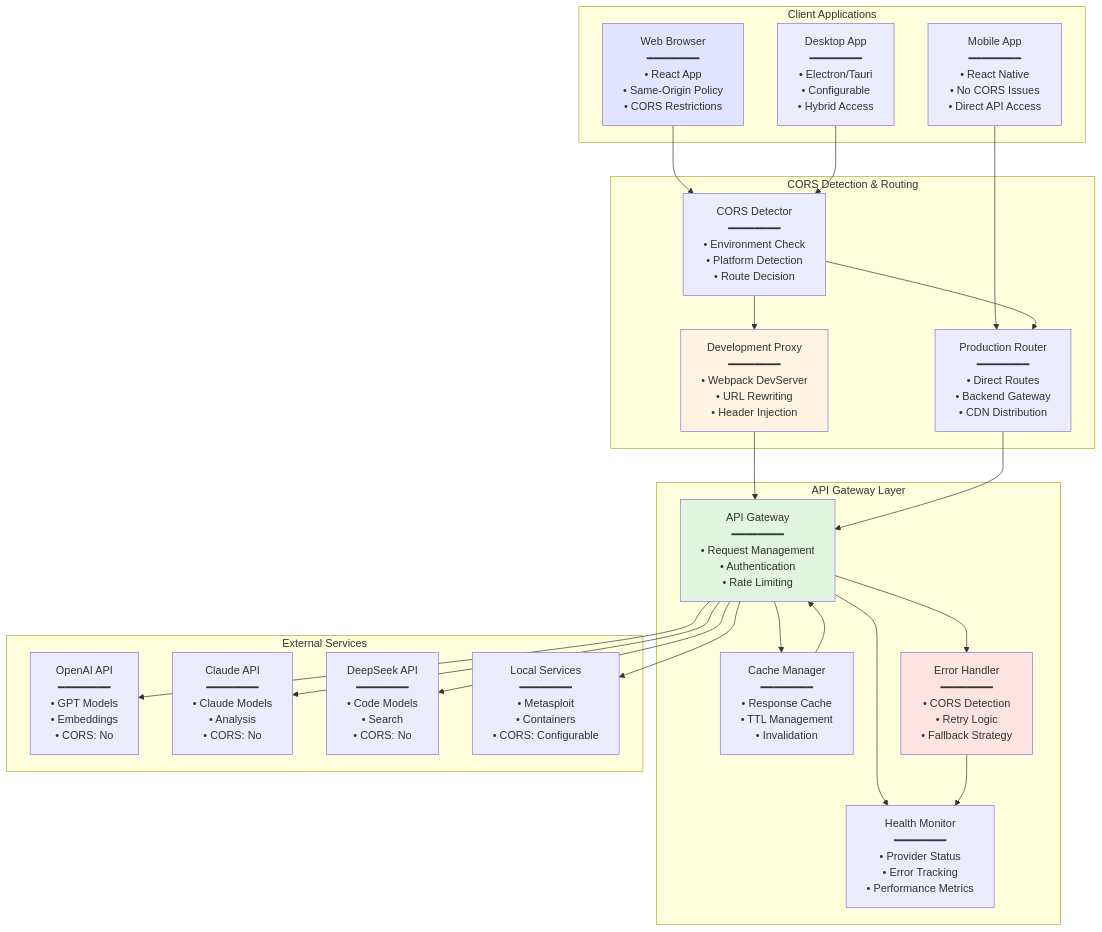
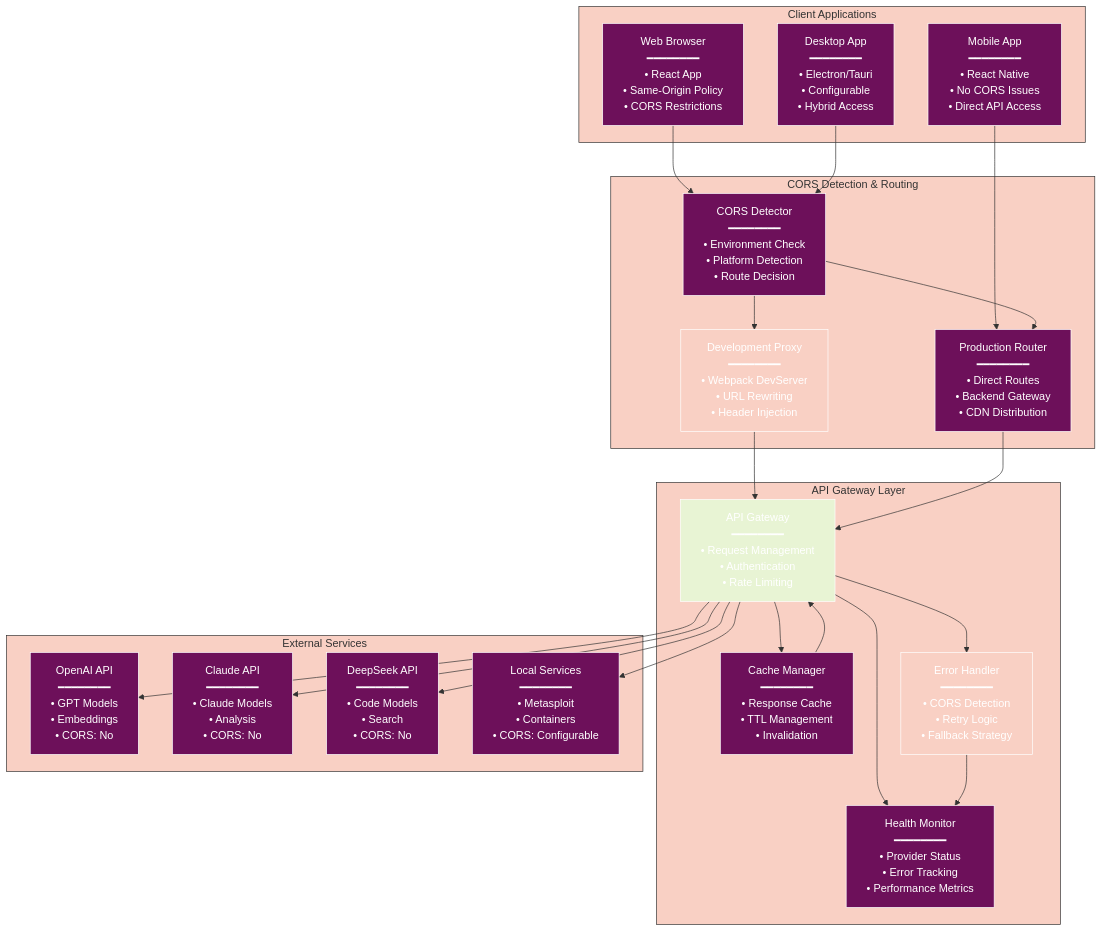
Before and after one commit to radicalkjax/Athena: the first of 22 diagrams in docs/API_CORS_HANDLING.md, drawn with Mermaid. The commit also changed other lines of this file and 27 other files, not shown here.

Commit message:
Introduction of expo package manager. Updated docs to reflect changes. Unified mermaid theme for docs.

````diff
--- a/docs/API_CORS_HANDLING.md
+++ b/docs/API_CORS_HANDLING.md
@@ -33,55 +33,76 @@
 ```mermaid
+%%{init: {
+  'theme': 'base',
+  'themeVariables': {
+    'primaryColor': '#6d105a',
+    'primaryTextColor': '#ffffff',
+    'primaryBorderColor': '#ffffff',
+    'lineColor': '#333333',
+    'secondaryColor': '#e8f4d4',
+    'secondaryTextColor': '#333333',
+    'secondaryBorderColor': '#333333',
+    'tertiaryColor': '#f9d0c4',
+    'tertiaryTextColor': '#333333',
+    'tertiaryBorderColor': '#333333',
+    'background': '#ffffff',
+    'mainBkg': '#6d105a',
+    'secondBkg': '#e8f4d4',
+    'tertiaryBkg': '#f9d0c4',
+    'textColor': '#333333',
+    'fontFamily': 'Arial, sans-serif'
+  }
+}}%%
 graph TB
     subgraph "Client Applications"
         Browser[Web Browser<br/>━━━━━━━━<br/>• React App<br/>• Same-Origin Policy<br/>• CORS Restrictions]
         Mobile[Mobile App<br/>━━━━━━━━<br/>• React Native<br/>• No CORS Issues<br/>• Direct API Access]
         Desktop[Desktop App<br/>━━━━━━━━<br/>• Electron/Tauri<br/>• Configurable<br/>• Hybrid Access]
     end
     
     subgraph "CORS Detection & Routing"
         Detector[CORS Detector<br/>━━━━━━━━<br/>• Environment Check<br/>• Platform Detection<br/>• Route Decision]
         Proxy[Development Proxy<br/>━━━━━━━━<br/>• Webpack DevServer<br/>• URL Rewriting<br/>• Header Injection]
         Router[Production Router<br/>━━━━━━━━<br/>• Direct Routes<br/>• Backend Gateway<br/>• CDN Distribution]
     end
     
     subgraph "API Gateway Layer"
         Gateway[API Gateway<br/>━━━━━━━━<br/>• Request Management<br/>• Authentication<br/>• Rate Limiting]
         Cache[Cache Manager<br/>━━━━━━━━<br/>• Response Cache<br/>• TTL Management<br/>• Invalidation]
         ErrorHandler[Error Handler<br/>━━━━━━━━<br/>• CORS Detection<br/>• Retry Logic<br/>• Fallback Strategy]
         Monitor[Health Monitor<br/>━━━━━━━━<br/>• Provider Status<br/>• Error Tracking<br/>• Performance Metrics]
     end
     
     subgraph "External Services"
         OpenAI[OpenAI API<br/>━━━━━━━━<br/>• GPT Models<br/>• Embeddings<br/>• CORS: No]
         Claude[Claude API<br/>━━━━━━━━<br/>• Claude Models<br/>• Analysis<br/>• CORS: No]
         DeepSeek[DeepSeek API<br/>━━━━━━━━<br/>• Code Models<br/>• Search<br/>• CORS: No]
         Local[Local Services<br/>━━━━━━━━<br/>• Metasploit<br/>• Containers<br/>• CORS: Configurable]
     end
     
     Browser --> Detector
     Mobile --> Router
     Desktop --> Detector
     
     Detector --> Proxy
     Detector --> Router
     
     Proxy --> Gateway
     Router --> Gateway
     
     Gateway --> Cache
     Gateway --> ErrorHandler
     Gateway --> Monitor
     
     ErrorHandler --> Monitor
     Cache --> Gateway
     
     Gateway --> OpenAI
     Gateway --> Claude
     Gateway --> DeepSeek
     Gateway --> Local
     
-    style Browser fill:#e1e5ff
-    style Proxy fill:#fff4e1
-    style Gateway fill:#e1f5e1
-    style ErrorHandler fill:#ffe4e1
+    style Browser fill:#6d105a
+    style Proxy fill:#f9d0c4
+    style Gateway fill:#e8f4d4
+    style ErrorHandler fill:#f9d0c4
 ```
````
